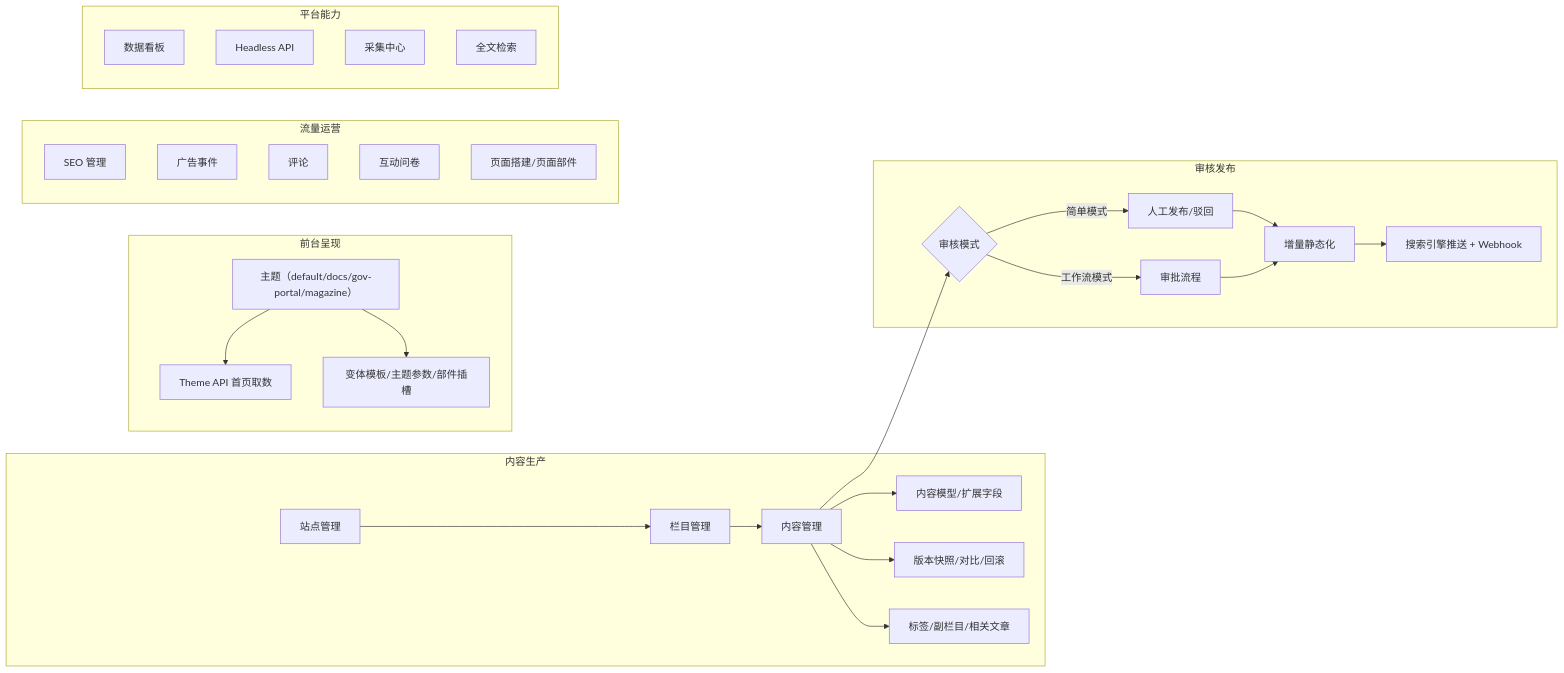
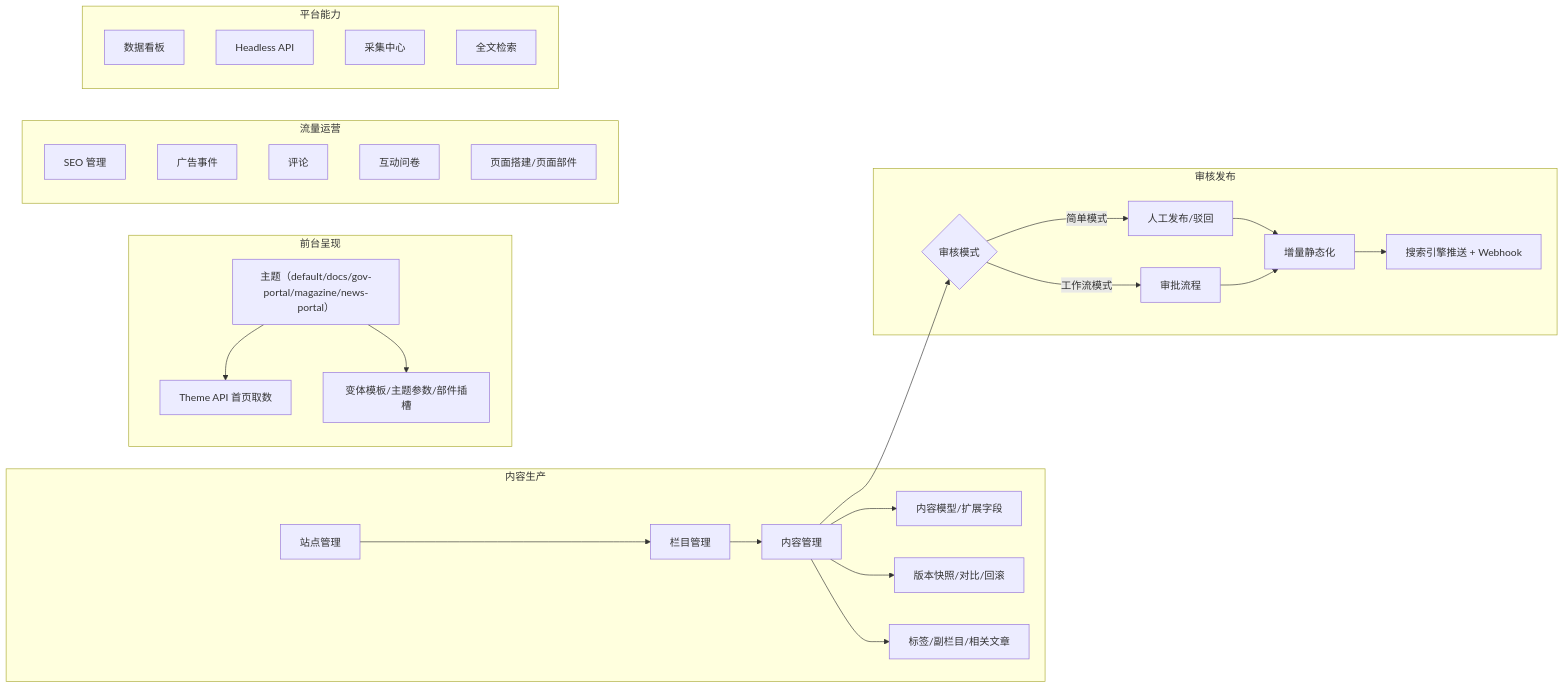
The diagram in docs/cms/index.md (WuZhangTing/zenith-admin), drawn with Mermaid before and after one commit. The commit also changed other lines of this file and 3 other files, not shown here.

````diff
--- a/docs/cms/index.md
+++ b/docs/cms/index.md
@@ -7,27 +7,27 @@
 ```mermaid
 graph LR
     subgraph 内容生产
         A[站点管理] --> B[栏目管理]
         B --> C[内容管理]
         C --> C1[内容模型/扩展字段]
         C --> C2[版本快照/对比/回滚]
         C --> C3[标签/副栏目/相关文章]
     end
     subgraph 审核发布
         C --> D{审核模式}
         D -->|简单模式| D1[人工发布/驳回]
         D -->|工作流模式| D2[审批流程]
         D1 & D2 --> E[增量静态化]
         E --> F[搜索引擎推送 + Webhook]
     end
     subgraph 前台呈现
-        T[主题（default/docs/gov-portal/magazine）] --> T1[Theme API 首页取数]
+        T[主题（default/docs/gov-portal/magazine/news-portal）] --> T1[Theme API 首页取数]
         T --> T2[变体模板/主题参数/部件插槽]
     end
     subgraph 流量运营
         G[SEO 管理] & H[广告事件] & I[评论] & J[互动问卷] & K[页面搭建/页面部件]
     end
     subgraph 平台能力
         L[数据看板] & M[Headless API] & N[采集中心] & O[全文检索]
     end
 ```
````
